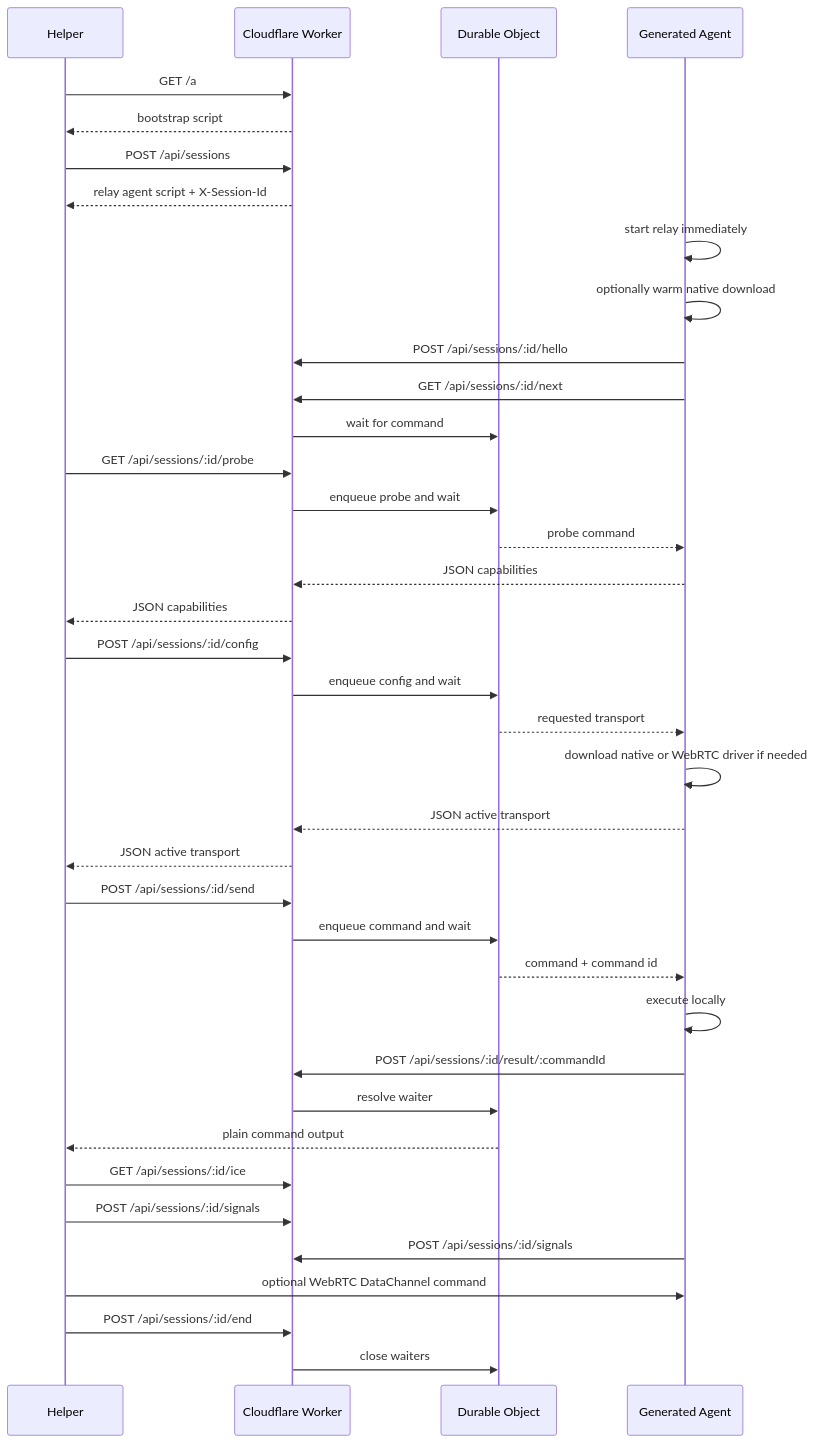
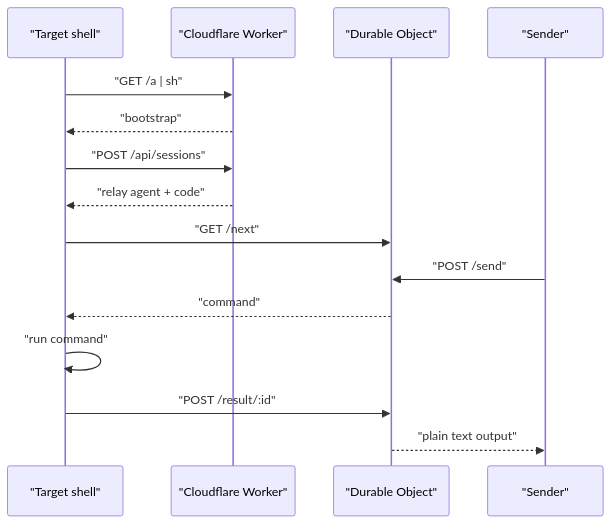
The diagram in README.md (Stoffbergie/shell-over-edge), drawn with Mermaid before and after one commit. The commit also changed other lines of this file and 40 other files, not shown here.

````diff
--- a/README.md
+++ b/README.md
@@ -15,47 +10,18 @@
 ```mermaid
 sequenceDiagram
-    participant Helper
-    participant Worker as Cloudflare Worker
-    participant Bridge as Durable Object
-    participant Agent as Generated Agent
+    participant Target as "Target shell"
+    participant Worker as "Cloudflare Worker"
+    participant Bridge as "Durable Object"
+    participant Sender as "Sender"
 
-    Helper->>Worker: GET /a
-    Worker-->>Helper: bootstrap script
-    Helper->>Worker: POST /api/sessions
-    Worker-->>Helper: relay agent script + X-Session-Id
-
-    Agent->>Agent: start relay immediately
-    Agent->>Agent: optionally warm native download
-    Agent->>Worker: POST /api/sessions/:id/hello
-    Agent->>Worker: GET /api/sessions/:id/next
-    Worker->>Bridge: wait for command
-
-    Helper->>Worker: GET /api/sessions/:id/probe
-    Worker->>Bridge: enqueue probe and wait
-    Bridge-->>Agent: probe command
-    Agent-->>Worker: JSON capabilities
-    Worker-->>Helper: JSON capabilities
-
-    Helper->>Worker: POST /api/sessions/:id/config
-    Worker->>Bridge: enqueue config and wait
-    Bridge-->>Agent: requested transport
-    Agent->>Agent: download native or WebRTC driver if needed
-    Agent-->>Worker: JSON active transport
-    Worker-->>Helper: JSON active transport
-
-    Helper->>Worker: POST /api/sessions/:id/send
-    Worker->>Bridge: enqueue command and wait
-    Bridge-->>Agent: command + command id
-    Agent->>Agent: execute locally
-    Agent->>Worker: POST /api/sessions/:id/result/:commandId
-    Worker->>Bridge: resolve waiter
-    Bridge-->>Helper: plain command output
-
-    Helper->>Worker: GET /api/sessions/:id/ice
-    Helper->>Worker: POST /api/sessions/:id/signals
-    Agent->>Worker: POST /api/sessions/:id/signals
-    Helper->>Agent: optional WebRTC DataChannel command
-
-    Helper->>Worker: POST /api/sessions/:id/end
-    Worker->>Bridge: close waiters
+    Target->>Worker: "GET /a | sh"
+    Worker-->>Target: "bootstrap"
+    Target->>Worker: "POST /api/sessions"
+    Worker-->>Target: "relay agent + code"
+    Target->>Bridge: "GET /next"
+    Sender->>Bridge: "POST /send"
+    Bridge-->>Target: "command"
+    Target->>Target: "run command"
+    Target->>Bridge: "POST /result/:id"
+    Bridge-->>Sender: "plain text output"
 ```
````
